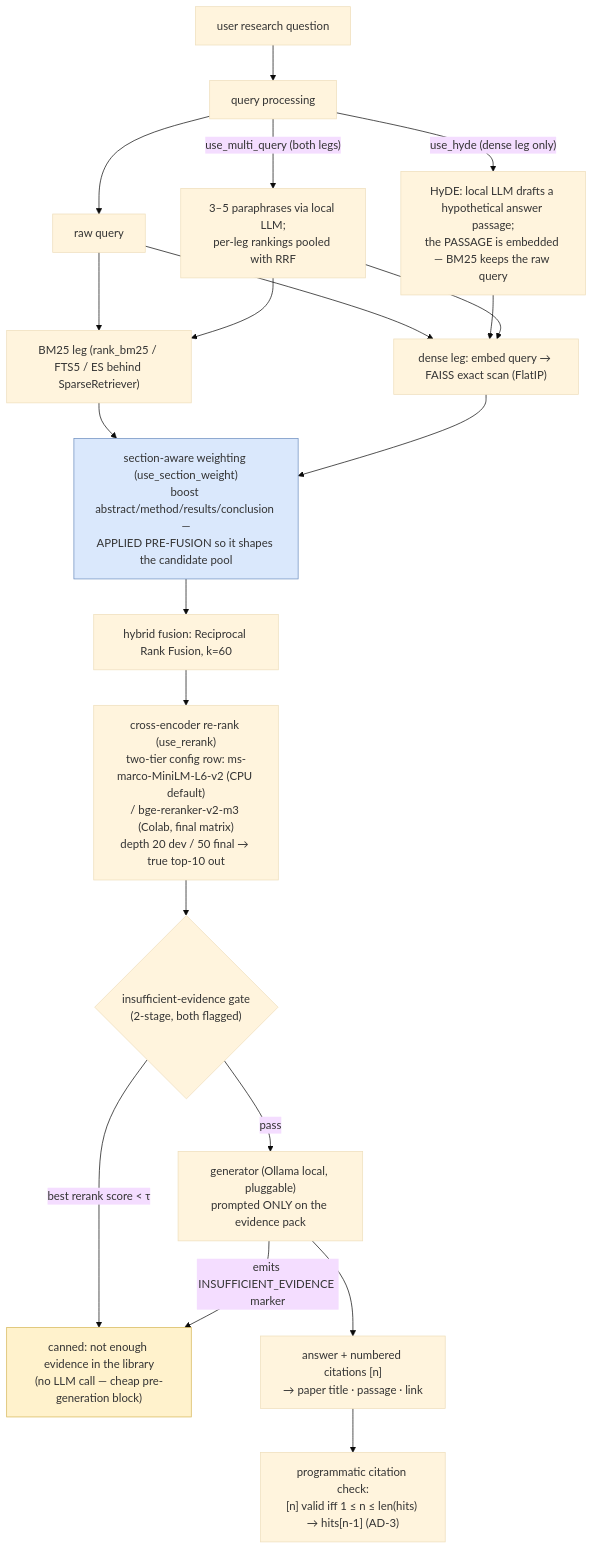
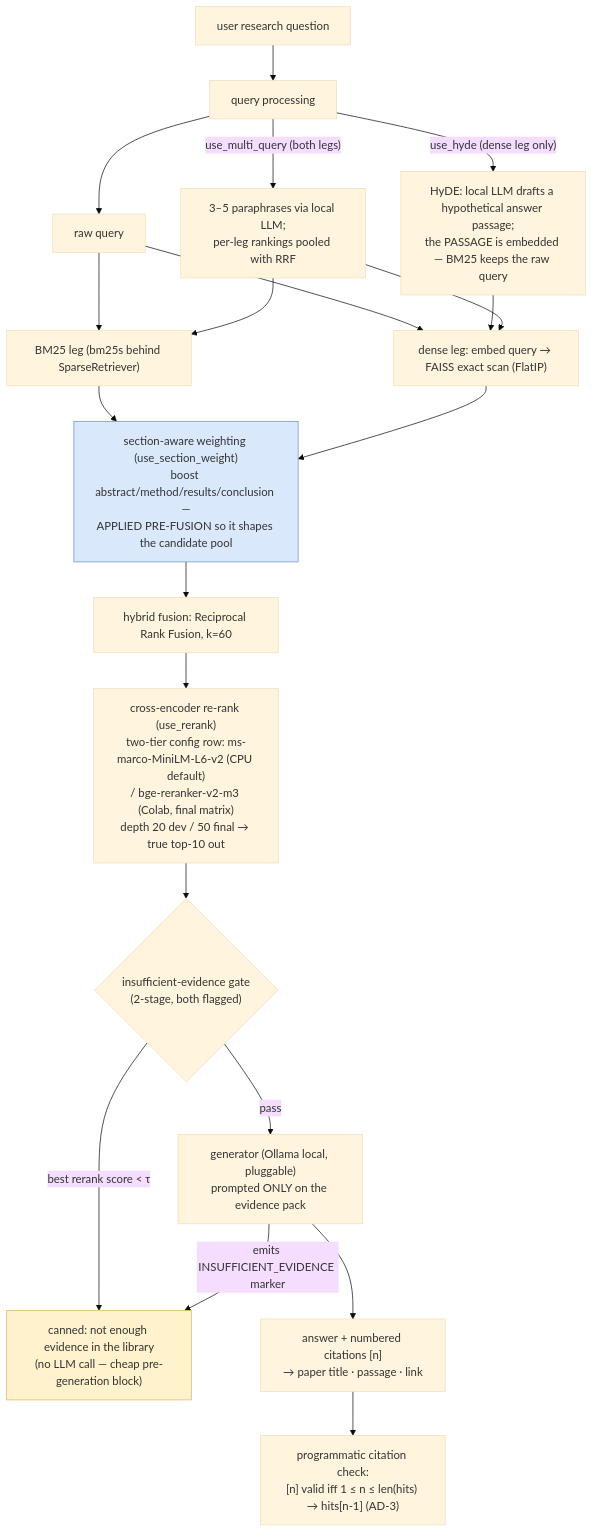
The fifth of 6 diagrams in docs/architecture/system-architecture.md (kieusontungwork-oss/NLPProject), drawn with Mermaid (base theme) before and after one commit. The commit also changed other lines of this file and 18 other files, not shown here.

````diff
--- a/docs/architecture/system-architecture.md
+++ b/docs/architecture/system-architecture.md
@@ -93,30 +93,30 @@
 ```mermaid
 flowchart TD
     Q["user research question"] --> QP["query processing"]
 
     QP -->|"use_hyde (dense leg only)"| HYDE["HyDE: local LLM drafts a hypothetical answer passage;<br/>the PASSAGE is embedded — BM25 keeps the raw query"]
     QP -->|"use_multi_query (both legs)"| MQ["3–5 paraphrases via local LLM;<br/>per-leg rankings pooled with RRF"]
     QP --> RAWQ["raw query"]
 
-    RAWQ --> SPARSE["BM25 leg (rank_bm25 / FTS5 / ES behind SparseRetriever)"]
+    RAWQ --> SPARSE["BM25 leg (bm25s behind SparseRetriever)"]
     MQ --> SPARSE
     RAWQ --> DENSE["dense leg: embed query → FAISS exact scan (FlatIP)"]
     HYDE --> DENSE
     MQ --> DENSE
 
     SPARSE --> SECTW["section-aware weighting (use_section_weight)<br/>boost abstract/method/results/conclusion —<br/>APPLIED PRE-FUSION so it shapes the candidate pool"]
     DENSE --> SECTW
 
     SECTW --> RRF["hybrid fusion: Reciprocal Rank Fusion, k=60"]
     RRF --> RR["cross-encoder re-rank (use_rerank)<br/>two-tier config row: ms-marco-MiniLM-L6-v2 (CPU default)<br/>/ bge-reranker-v2-m3 (Colab, final matrix)<br/>depth 20 dev / 50 final → true top-10 out"]
 
     RR --> GATE{"insufficient-evidence gate<br/>(2-stage, both flagged)"}
     GATE -->|"best rerank score < τ"| CANNED["canned: not enough evidence in the library<br/>(no LLM call — cheap pre-generation block)"]
     GATE -->|"pass"| GEN["generator (Ollama local, pluggable)<br/>prompted ONLY on the evidence pack"]
     GEN -->|"emits INSUFFICIENT_EVIDENCE marker"| CANNED
     GEN --> ANS["answer + numbered citations [n]<br/>→ paper title · passage · link"]
     ANS --> CHK["programmatic citation check:<br/>[n] valid iff 1 ≤ n ≤ len(hits) → hits[n-1] (AD-3)"]
 
     style CANNED fill:#fff2cc,stroke:#d6b656
     style SECTW fill:#dae8fc,stroke:#6c8ebf
 ```
````
